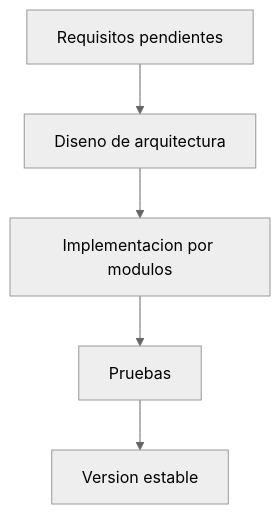
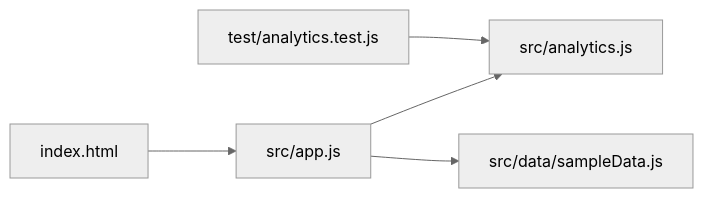
Before and after one commit to TheKnight2122/social-audit-pro: the second of 2 diagrams in docs/07-arquitectura.md, drawn with Mermaid (neutral theme). The commit also changed other lines of this file and 30 other files, not shown here.

````diff
--- a/docs/07-arquitectura.md
+++ b/docs/07-arquitectura.md
@@ -9,7 +53,7 @@
 ```mermaid
-flowchart TD
-    A[Requisitos pendientes] --> B[Diseno de arquitectura]
-    B --> C[Implementacion por modulos]
-    C --> D[Pruebas]
-    D --> E[Version estable]
+flowchart LR
+    HTML[index.html] --> APP[src/app.js]
+    APP --> ANALYTICS[src/analytics.js]
+    APP --> DATA[src/data/sampleData.js]
+    TEST[test/analytics.test.js] --> ANALYTICS
 ```
````
